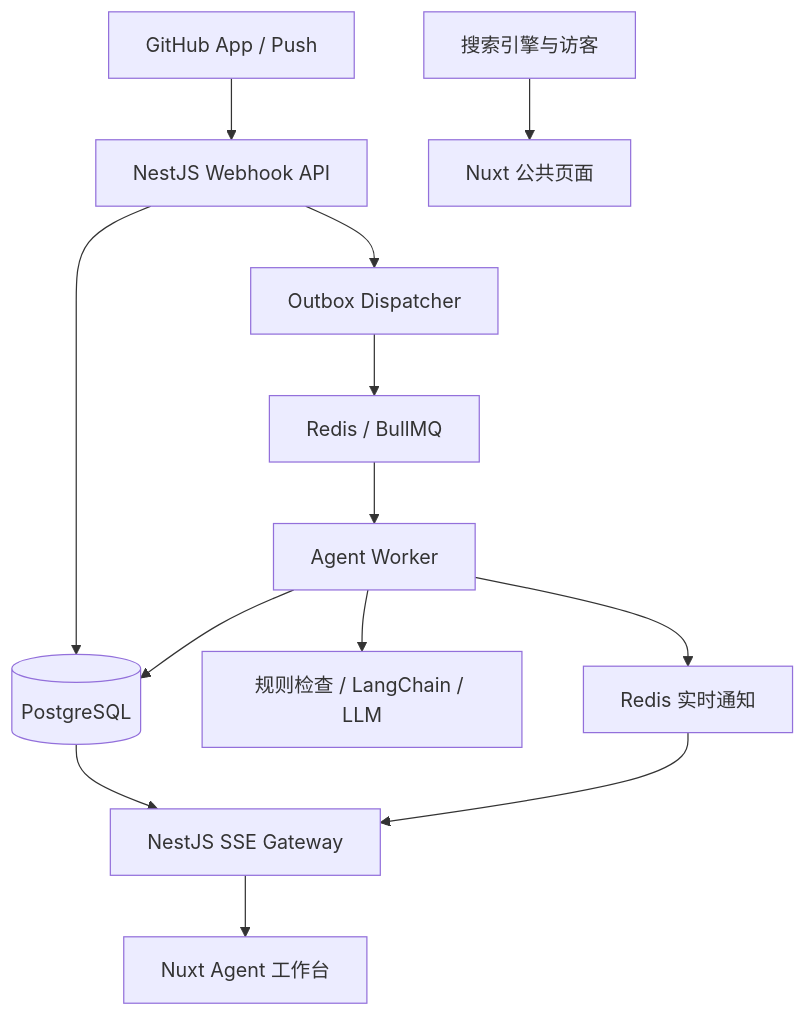
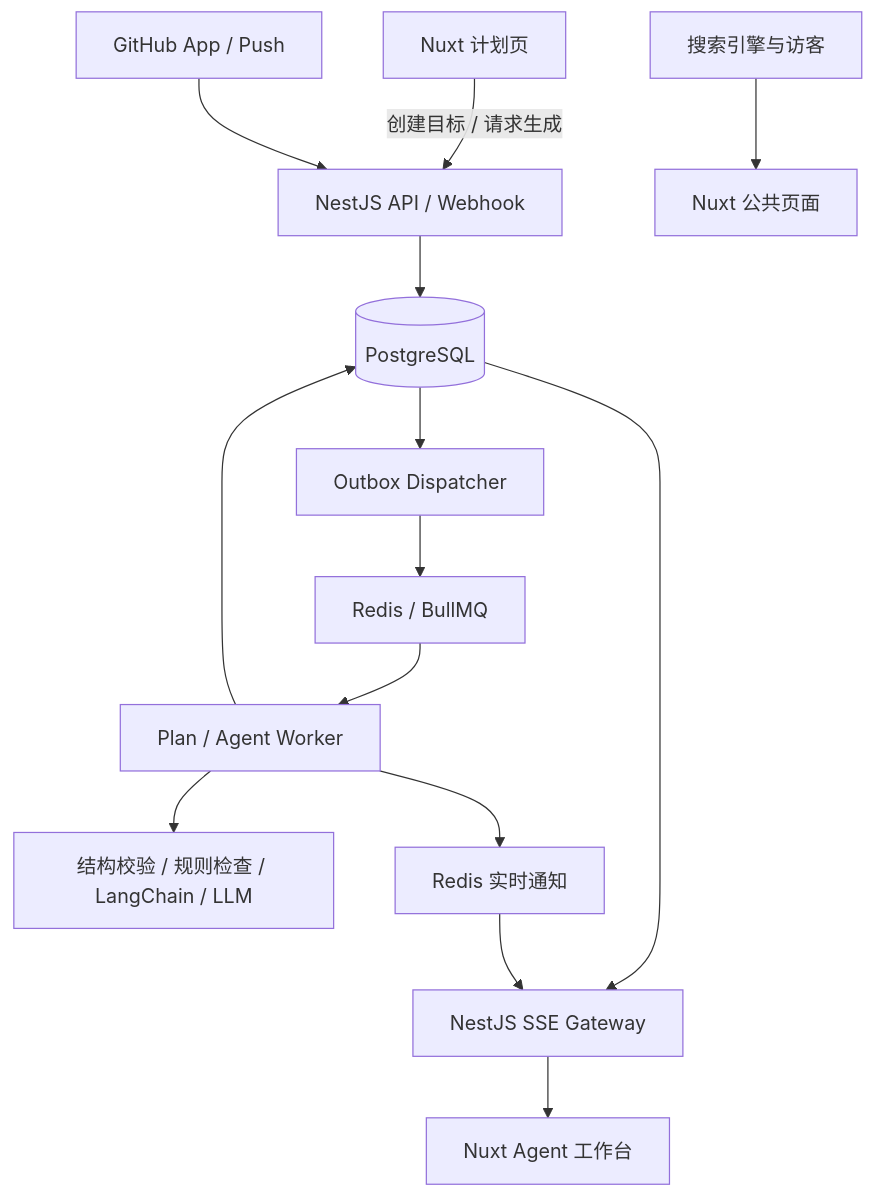
The third of 3 diagrams in docs/KnowledgeOps-Agent-9月求职版PRD.md (Gerden31145/KnowledgeOps-Agent), drawn with Mermaid before and after one commit. The commit also changed other lines of this file and 4 other files, not shown here.

````diff
--- a/docs/KnowledgeOps-Agent-9月求职版PRD.md
+++ b/docs/KnowledgeOps-Agent-9月求职版PRD.md
@@ -499,15 +503,16 @@
 ```mermaid
 flowchart TD
-    A[GitHub App / Push] --> B[NestJS Webhook API]
+    P[Nuxt 计划页] -->|创建目标 / 请求生成| B[NestJS API / Webhook]
+    A[GitHub App / Push] --> B
     B --> C[(PostgreSQL)]
-    B --> D[Outbox Dispatcher]
+    C --> D[Outbox Dispatcher]
     D --> E[Redis / BullMQ]
-    E --> F[Agent Worker]
-    F --> G[规则检查 / LangChain / LLM]
+    E --> F[Plan / Agent Worker]
+    F --> G[结构校验 / 规则检查 / LangChain / LLM]
     F --> C
     F --> H[Redis 实时通知]
     C --> I[NestJS SSE Gateway]
     H --> I
     I --> J[Nuxt Agent 工作台]
     K[搜索引擎与访客] --> L[Nuxt 公共页面]
 ```
````
